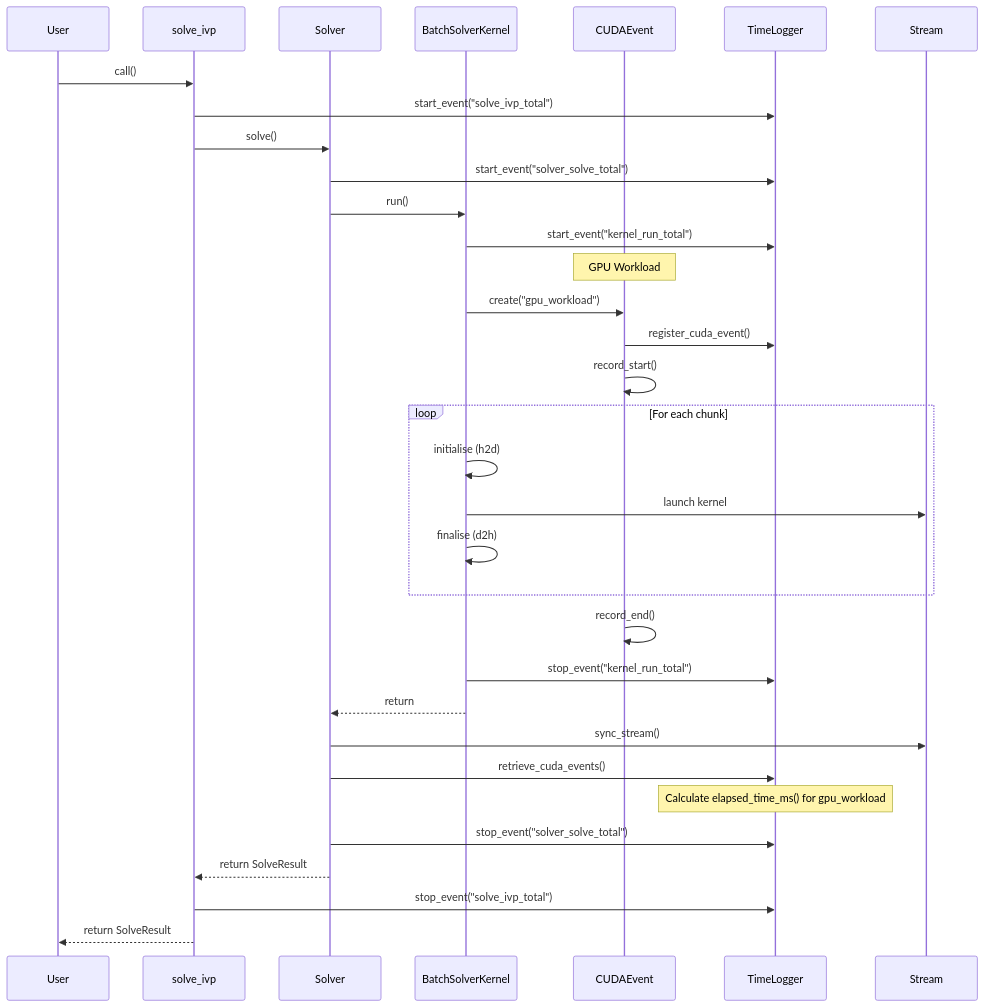
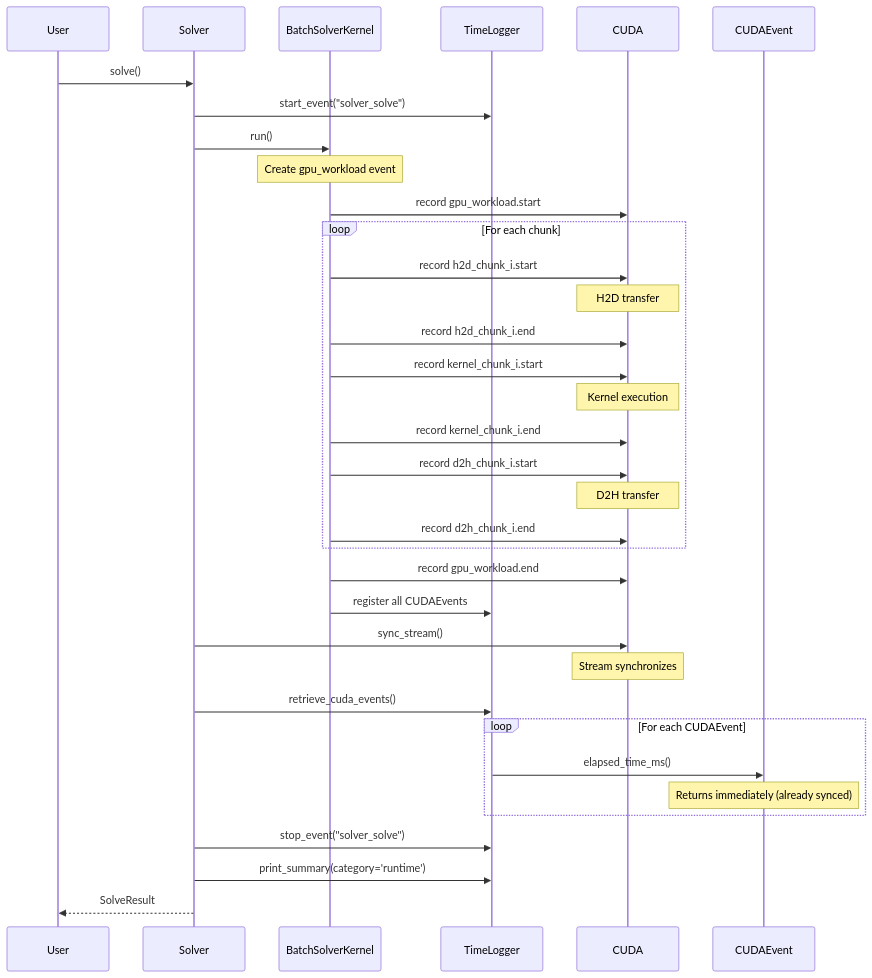
The first of 2 diagrams in .github/active_plans/runtime_logging/human_overview.md (ccam80/cubie), drawn with Mermaid before and after one commit. The commit also changed other lines of this file and 7 other files, not shown here.

Commit message:
feat: implement runtime logging with per-chunk CUDA events and GPU workload tracking

````diff
--- a/.github/active_plans/runtime_logging/human_overview.md
+++ b/.github/active_plans/runtime_logging/human_overview.md
@@ -105,42 +95,45 @@
 ```mermaid
 sequenceDiagram
     participant User
-    participant solve_ivp
     participant Solver
     participant BatchSolverKernel
-    participant CUDAEvent
     participant TimeLogger
-    participant Stream
+    participant CUDA
+
+    User->>Solver: solve()
+    Solver->>TimeLogger: start_event("solver_solve")
+    Solver->>BatchSolverKernel: run()
     
-    User->>solve_ivp: call()
-    solve_ivp->>TimeLogger: start_event("solve_ivp_total")
-    solve_ivp->>Solver: solve()
-    Solver->>TimeLogger: start_event("solver_solve_total")
-    Solver->>BatchSolverKernel: run()
-    BatchSolverKernel->>TimeLogger: start_event("kernel_run_total")
-    
-    Note over CUDAEvent: GPU Workload
-    BatchSolverKernel->>CUDAEvent: create("gpu_workload")
-    CUDAEvent->>TimeLogger: register_cuda_event()
-    CUDAEvent->>CUDAEvent: record_start()
+    Note over BatchSolverKernel: Create gpu_workload event
+    BatchSolverKernel->>CUDA: record gpu_workload.start
     
     loop For each chunk
-        BatchSolverKernel->>BatchSolverKernel: initialise (h2d)
-        BatchSolverKernel->>Stream: launch kernel
-        BatchSolverKernel->>BatchSolverKernel: finalise (d2h)
+        BatchSolverKernel->>CUDA: record h2d_chunk_i.start
+        Note over CUDA: H2D transfer
+        BatchSolverKernel->>CUDA: record h2d_chunk_i.end
+        
+        BatchSolverKernel->>CUDA: record kernel_chunk_i.start
+        Note over CUDA: Kernel execution
+        BatchSolverKernel->>CUDA: record kernel_chunk_i.end
+        
+        BatchSolverKernel->>CUDA: record d2h_chunk_i.start
+        Note over CUDA: D2H transfer
+        BatchSolverKernel->>CUDA: record d2h_chunk_i.end
     end
     
-    CUDAEvent->>CUDAEvent: record_end()
+    BatchSolverKernel->>CUDA: record gpu_workload.end
+    BatchSolverKernel->>TimeLogger: register all CUDAEvents
     
-    BatchSolverKernel->>TimeLogger: stop_event("kernel_run_total")
-    BatchSolverKernel-->>Solver: return
+    Solver->>CUDA: sync_stream()
+    Note over CUDA: Stream synchronizes
     
-    Solver->>Stream: sync_stream()
     Solver->>TimeLogger: retrieve_cuda_events()
-    Note over TimeLogger: Calculate elapsed_time_ms() for gpu_workload
+    loop For each CUDAEvent
+        TimeLogger->>CUDAEvent: elapsed_time_ms()
+        Note over CUDAEvent: Returns immediately (already synced)
+    end
     
-    Solver->>TimeLogger: stop_event("solver_solve_total")
-    Solver-->>solve_ivp: return SolveResult
-    solve_ivp->>TimeLogger: stop_event("solve_ivp_total")
-    solve_ivp-->>User: return SolveResult
+    Solver->>TimeLogger: stop_event("solver_solve")
+    Solver->>TimeLogger: print_summary(category='runtime')
+    Solver-->>User: SolveResult
 ```
````
